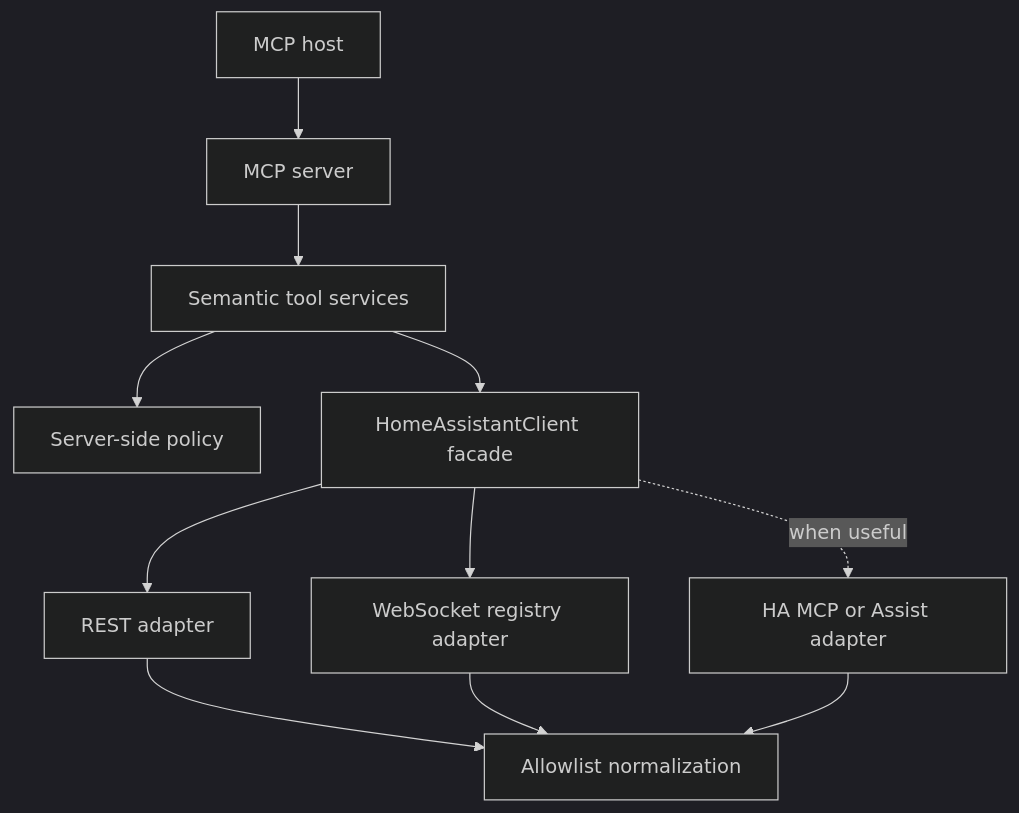
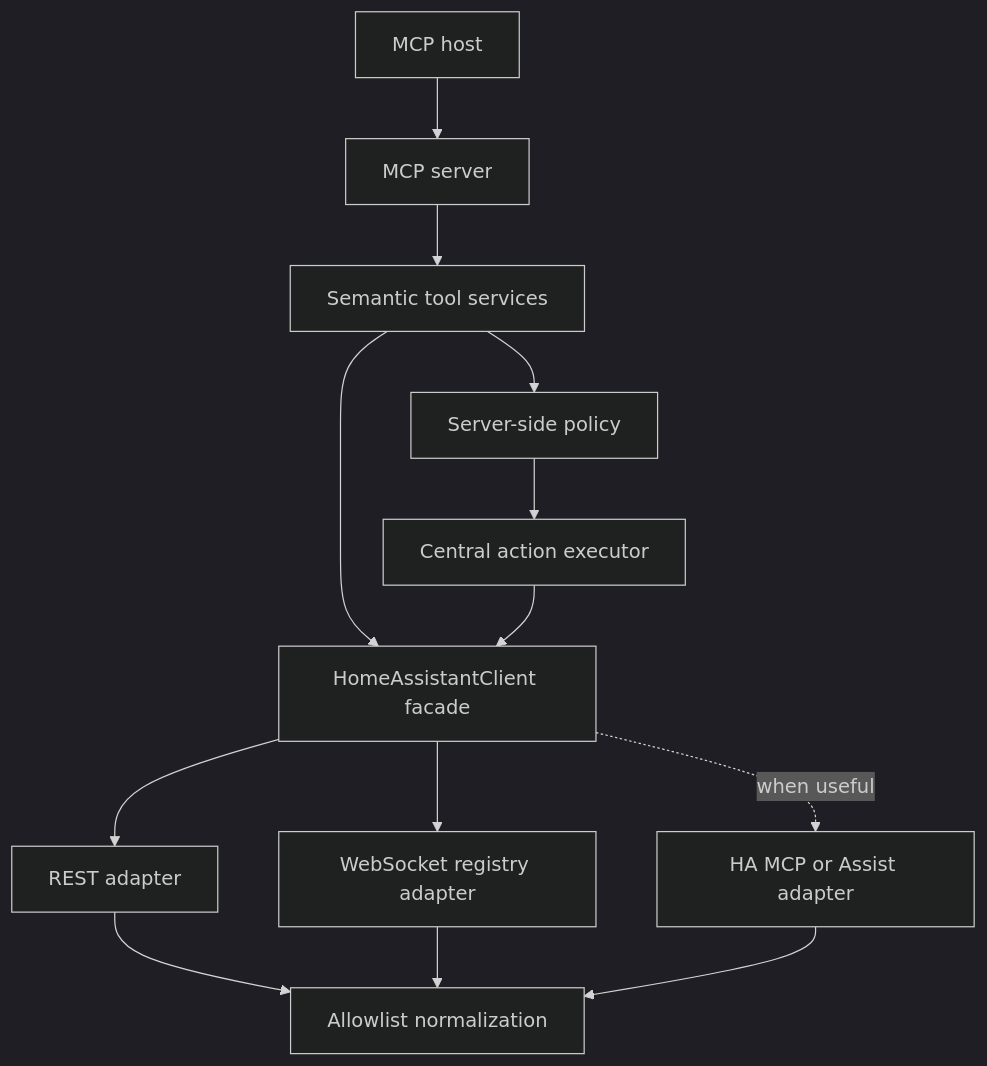
The first of 2 diagrams in docs/architecture.md (ambient-home-systems/ambient-ha-mcp), drawn with Mermaid (dark theme) before and after one commit. The commit also changed other lines of this file and 42 other files, not shown here.

````diff
--- a/docs/architecture.md
+++ b/docs/architecture.md
@@ -9,13 +9,15 @@
 ```mermaid
 flowchart TD
     Client[MCP host] --> Server[MCP server]
     Server --> Tools[Semantic tool services]
     Tools --> Policy[Server-side policy]
+    Policy --> Executor[Central action executor]
     Tools --> Gateway[HomeAssistantClient facade]
+    Executor --> Gateway
     Gateway --> REST[REST adapter]
     Gateway --> WS[WebSocket registry adapter]
     Gateway -. when useful .-> HAMCP[HA MCP or Assist adapter]
     REST --> Normalize[Allowlist normalization]
     WS --> Normalize
     HAMCP --> Normalize
 ```
````
